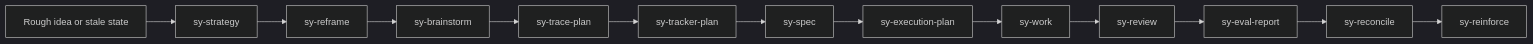
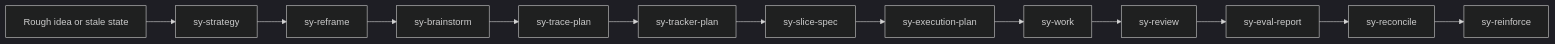
One commit to jscraik/Agent-Skills changed the diagram in Plugins/synaipse-harness/README.md. Above: the diagram before and after it, drawn with Mermaid (dark theme). The commit also changed other lines of this file and 196 other files, not shown here.

````diff
--- a/Plugins/synaipse-harness/README.md
+++ b/Plugins/synaipse-harness/README.md
@@ -46,15 +46,15 @@
 ```mermaid
 flowchart LR
   A["Rough idea or stale state"] --> B["sy-strategy"]
   B --> C["sy-reframe"]
   C --> D["sy-brainstorm"]
   D --> E["sy-trace-plan"]
   E --> F["sy-tracker-plan"]
-  F --> G["sy-spec"]
+  F --> G["sy-slice-spec"]
   G --> H["sy-execution-plan"]
   H --> I["sy-work"]
   I --> J["sy-review"]
   J --> K["sy-eval-report"]
   K --> L["sy-reconcile"]
   L --> M["sy-reinforce"]
 ```
````
